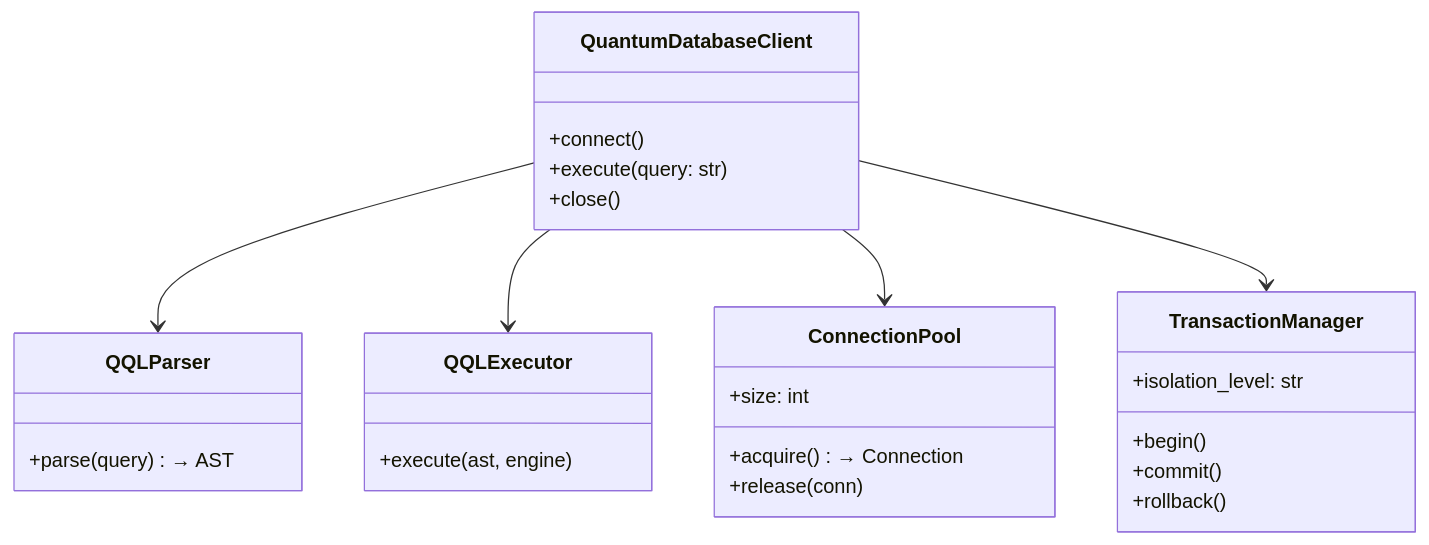
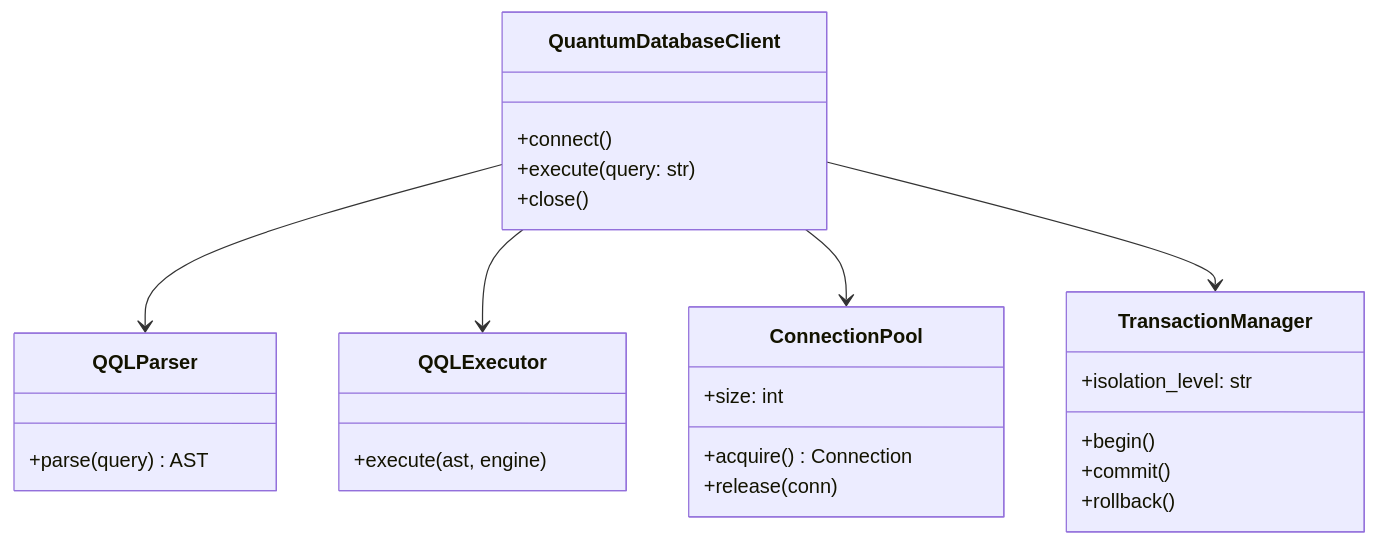
Before and after one commit to abhishekpanthee/quantum-database: the seventh of 15 diagrams in README.md, drawn with Mermaid. The commit also changed other lines of this file and 2 other files, not shown here.

Commit message:
fix: Correct Mermaid diagram rendering for GitHub

````diff
--- a/README.md
+++ b/README.md
@@ -466,29 +466,29 @@
 ```mermaid
 classDiagram
     class QuantumDatabaseClient {
         +connect()
         +execute(query: str)
         +close()
     }
     class QQLParser {
-        +parse(query) → AST
+        +parse(query) AST
     }
     class QQLExecutor {
         +execute(ast, engine)
     }
     class ConnectionPool {
-        +acquire() → Connection
+        +acquire() Connection
         +release(conn)
         +size: int
     }
     class TransactionManager {
         +begin()
         +commit()
         +rollback()
         +isolation_level: str
     }
     QuantumDatabaseClient --> QQLParser
     QuantumDatabaseClient --> QQLExecutor
     QuantumDatabaseClient --> ConnectionPool
     QuantumDatabaseClient --> TransactionManager
 ```
````
